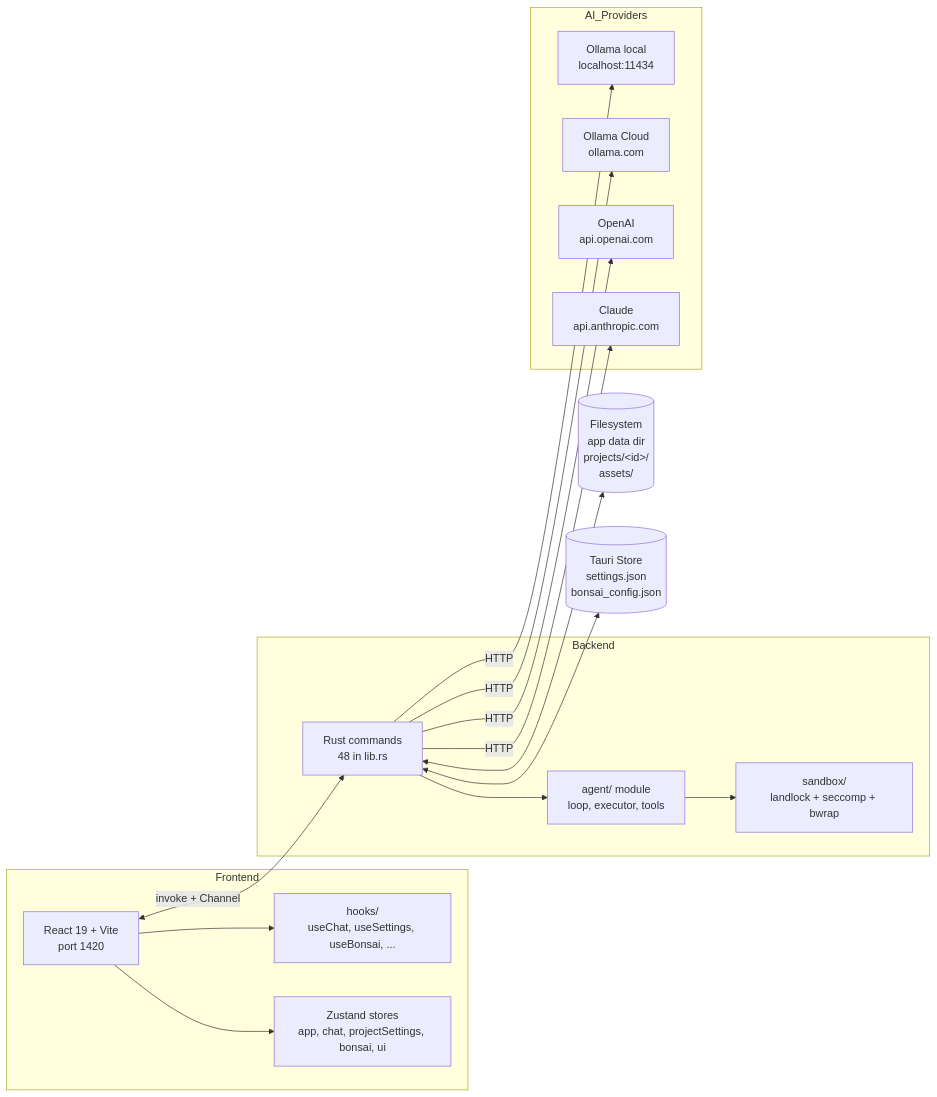
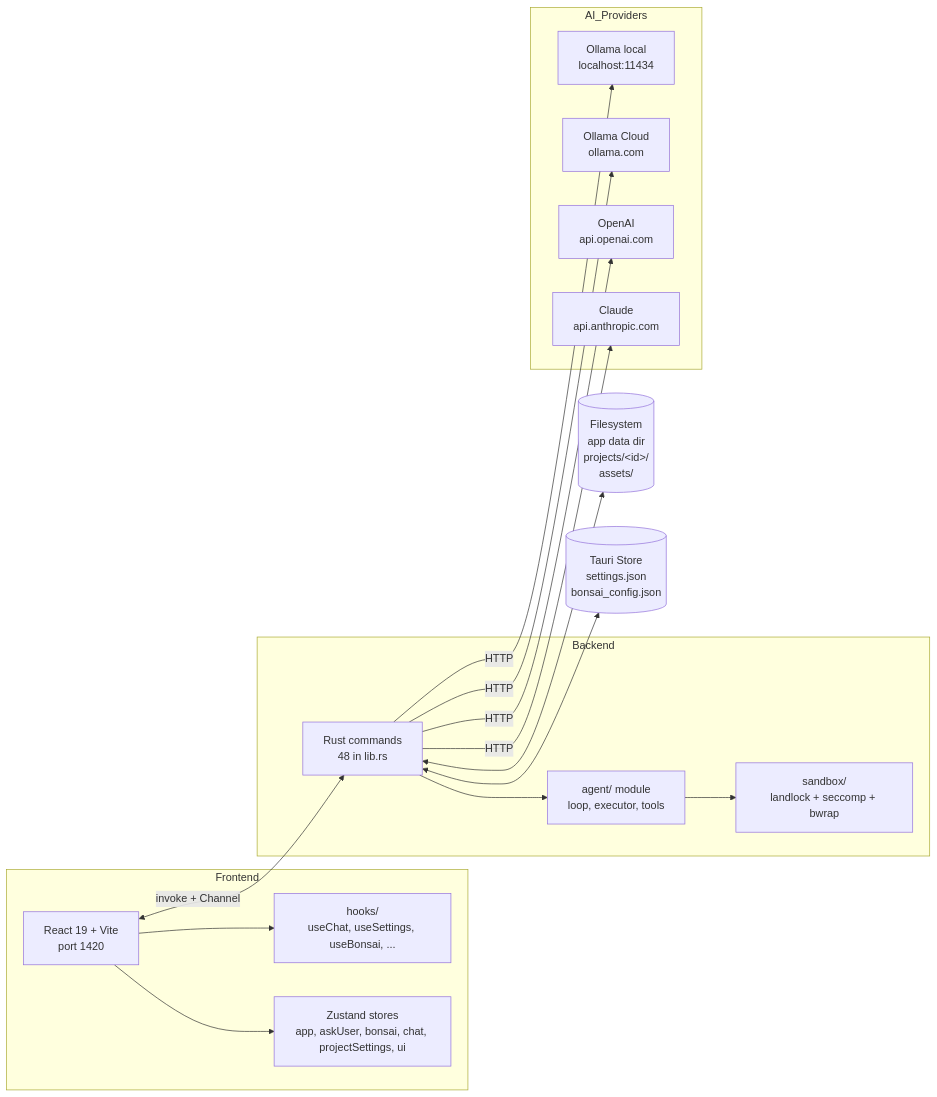
The diagram in docs/architecture/index.md (mihajlobt/rust-prototyper), drawn with Mermaid before and after one commit. The commit also changed 15 other files, not shown here.

````diff
--- a/docs/architecture/index.md
+++ b/docs/architecture/index.md
@@ -14,36 +14,36 @@
 ```mermaid
 flowchart LR
     subgraph Frontend
         UI[React 19 + Vite<br/>port 1420]
         Hooks[hooks/<br/>useChat, useSettings, useBonsai, ...]
-        Stores[Zustand stores<br/>app, chat, projectSettings, bonsai, ui]
+        Stores[Zustand stores<br/>app, askUser, bonsai, chat, projectSettings, ui]
         UI --> Hooks
         UI --> Stores
     end
 
     subgraph Backend
         Rust[Rust commands<br/>48 in lib.rs]
         Agent[agent/ module<br/>loop, executor, tools]
         Sandbox[sandbox/<br/>landlock + seccomp + bwrap]
         Rust --> Agent
         Agent --> Sandbox
     end
 
     subgraph AI_Providers
         OllamaLocal[Ollama local<br/>localhost:11434]
         OllamaCloud[Ollama Cloud<br/>ollama.com]
         OpenAI[OpenAI<br/>api.openai.com]
         Claude[Claude<br/>api.anthropic.com]
     end
 
     FS[(Filesystem<br/>app data dir<br/>projects/&lt;id&gt;/<br/>assets/)]
     Store[(Tauri Store<br/>settings.json<br/>bonsai_config.json)]
 
     UI <-->|invoke + Channel| Rust
     Rust -->|HTTP| OllamaLocal
     Rust -->|HTTP| OllamaCloud
     Rust -->|HTTP| OpenAI
     Rust -->|HTTP| Claude
     Rust <--> FS
     Rust <--> Store
 ```
````
